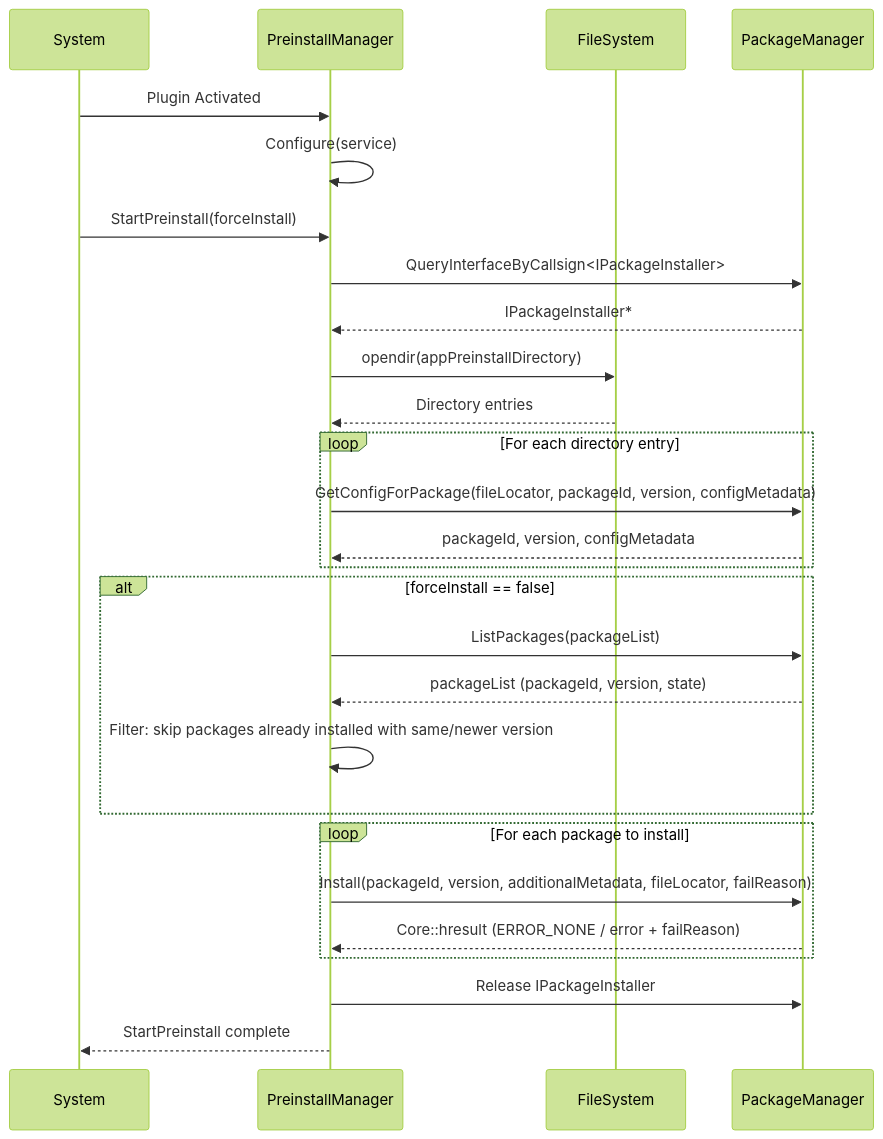
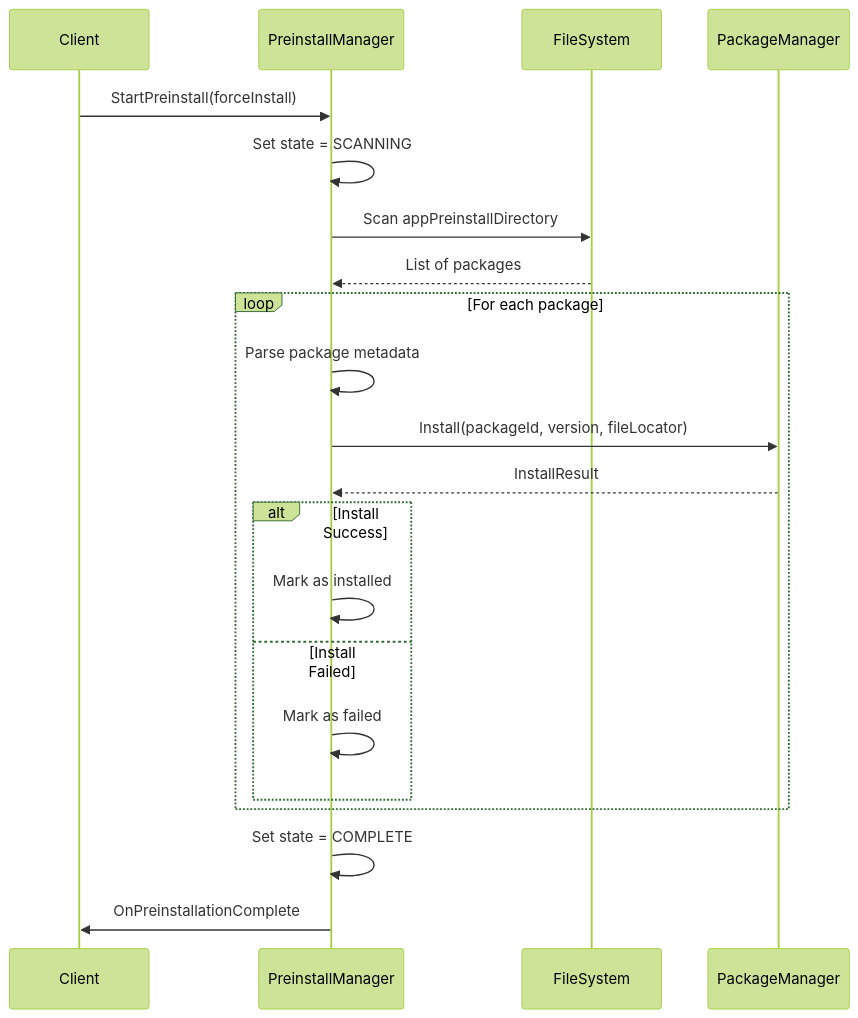
One commit to rdkcentral/entservices-appmanagers changed the second of 3 diagrams in PreinstallManager/PreinstallManager.md. Above: the diagram before and after it, drawn with Mermaid (forest theme). The commit also changed other lines of this file and 19 other files, not shown here.

````diff
--- a/PreinstallManager/PreinstallManager.md
+++ b/PreinstallManager/PreinstallManager.md
@@ -94,35 +137,26 @@
 ```mermaid
 sequenceDiagram
-    participant System
-    participant PIM as PreinstallManager
+    participant Client
+    participant PM as PreinstallManager
     participant FS as FileSystem
-    participant PkgMgr as PackageManager
+    participant PKG as PackageManager
 
-    System->>PIM: Plugin Activated
-    PIM->>PIM: Configure(service)
-    System->>PIM: StartPreinstall(forceInstall)
-    PIM->>PkgMgr: QueryInterfaceByCallsign<IPackageInstaller>
-    PkgMgr-->>PIM: IPackageInstaller*
+    Client->>PM: StartPreinstall(forceInstall)
+    PM->>PM: Set state = SCANNING
+    PM->>FS: Scan appPreinstallDirectory
+    FS-->>PM: List of packages
 
-    PIM->>FS: opendir(appPreinstallDirectory)
-    FS-->>PIM: Directory entries
-
-    loop For each directory entry
-        PIM->>PkgMgr: GetConfigForPackage(fileLocator, packageId, version, configMetadata)
-        PkgMgr-->>PIM: packageId, version, configMetadata
+    loop For each package
+        PM->>PM: Parse package metadata
+        PM->>PKG: Install(packageId, version, fileLocator)
+        PKG-->>PM: InstallResult
+        alt Install Success
+            PM->>PM: Mark as installed
+        else Install Failed
+            PM->>PM: Mark as failed
+        end
     end
 
-    alt forceInstall == false
-        PIM->>PkgMgr: ListPackages(packageList)
-        PkgMgr-->>PIM: packageList (packageId, version, state)
-        PIM->>PIM: Filter: skip packages already installed with same/newer version
-    end
-
-    loop For each package to install
-        PIM->>PkgMgr: Install(packageId, version, additionalMetadata, fileLocator, failReason)
-        PkgMgr-->>PIM: Core::hresult (ERROR_NONE / error + failReason)
-    end
-
-    PIM->>PkgMgr: Release IPackageInstaller
-    PIM-->>System: StartPreinstall complete
+    PM->>PM: Set state = COMPLETE
+    PM->>Client: OnPreinstallationComplete
 ```
````
